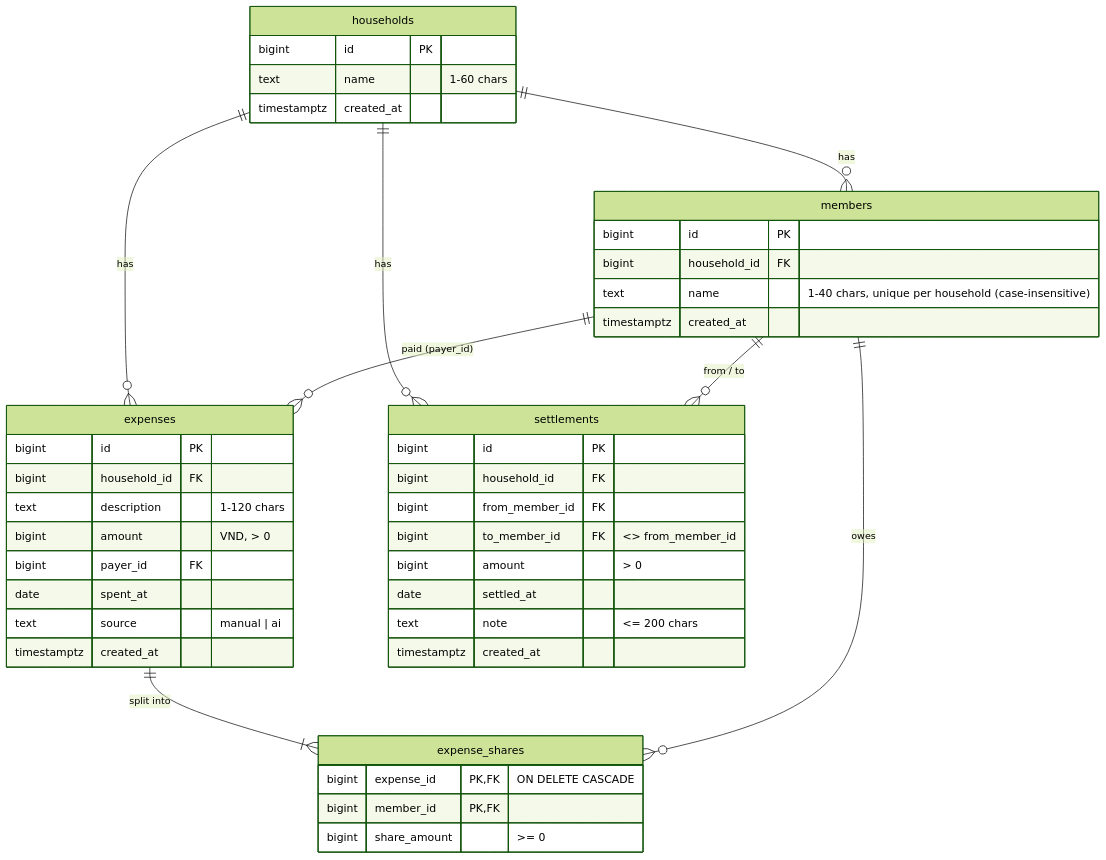
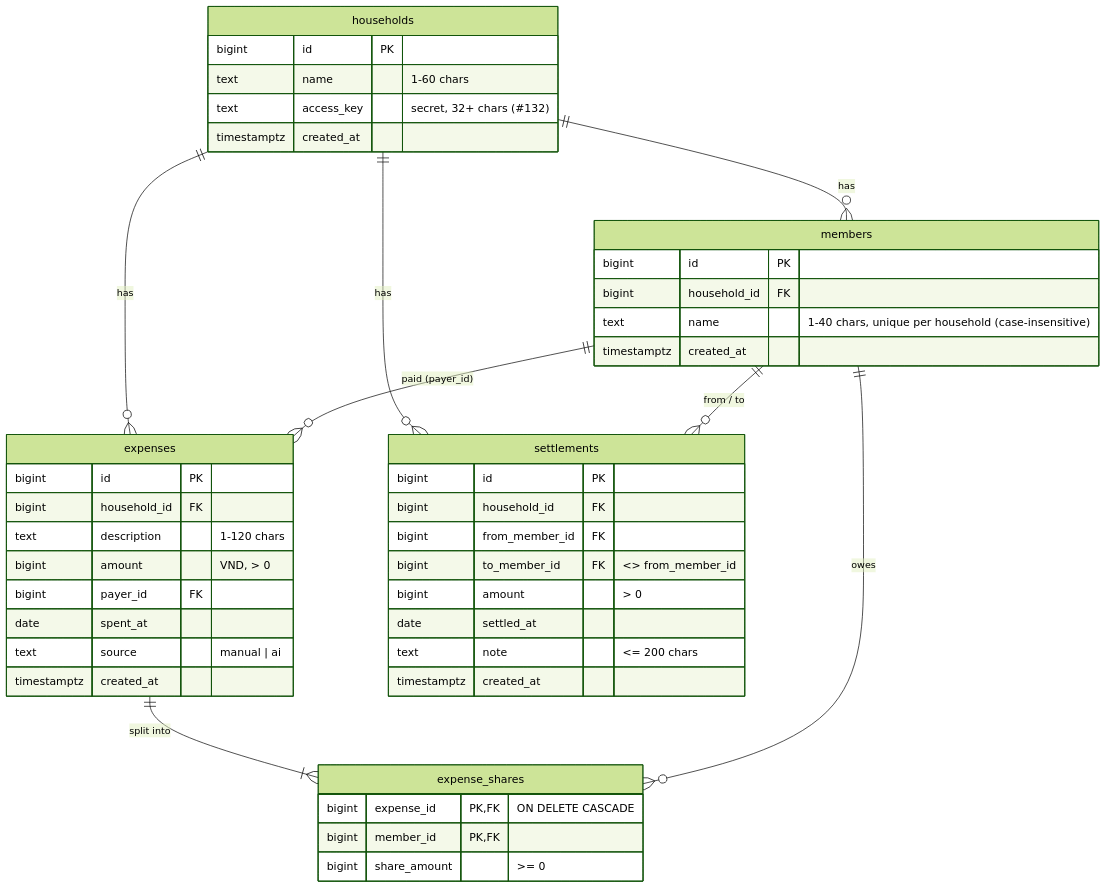
One commit to NeitLN/Fair-Share changed the third of 5 diagrams in docs/ARCHITECTURE.md. Above: the diagram before and after it, drawn with Mermaid (forest theme). The commit also changed other lines of this file and 51 other files, not shown here.

````diff
--- a/docs/ARCHITECTURE.md
+++ b/docs/ARCHITECTURE.md
@@ -125,47 +125,48 @@
 ```mermaid
 erDiagram
     households ||--o{ members : has
     households ||--o{ expenses : has
     households ||--o{ settlements : has
     members ||--o{ expenses : "paid (payer_id)"
     expenses ||--|{ expense_shares : "split into"
     members ||--o{ expense_shares : owes
     members ||--o{ settlements : "from / to"
 
     households {
         bigint id PK
         text name "1-60 chars"
+        text access_key "secret, 32+ chars (#132)"
         timestamptz created_at
     }
     members {
         bigint id PK
         bigint household_id FK
         text name "1-40 chars, unique per household (case-insensitive)"
         timestamptz created_at
     }
     expenses {
         bigint id PK
         bigint household_id FK
         text description "1-120 chars"
         bigint amount "VND, > 0"
         bigint payer_id FK
         date spent_at
         text source "manual | ai"
         timestamptz created_at
     }
     expense_shares {
         bigint expense_id PK,FK "ON DELETE CASCADE"
         bigint member_id PK,FK
         bigint share_amount ">= 0"
     }
     settlements {
         bigint id PK
         bigint household_id FK
         bigint from_member_id FK
         bigint to_member_id FK "<> from_member_id"
         bigint amount "> 0"
         date settled_at
         text note "<= 200 chars"
         timestamptz created_at
     }
 ```
````
